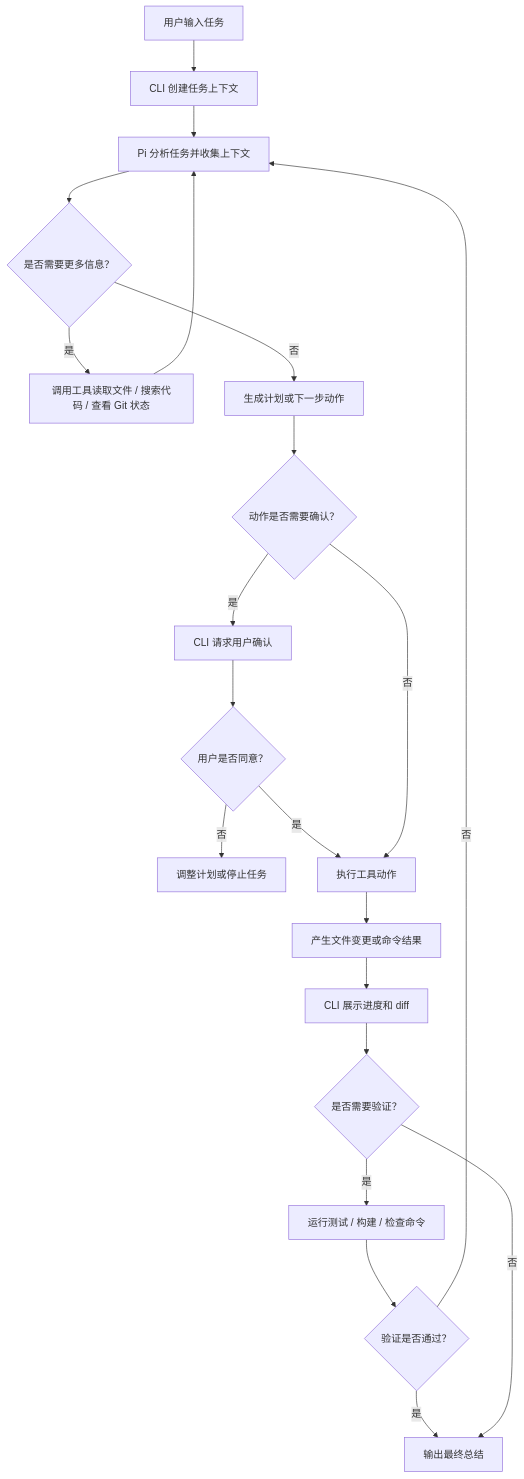
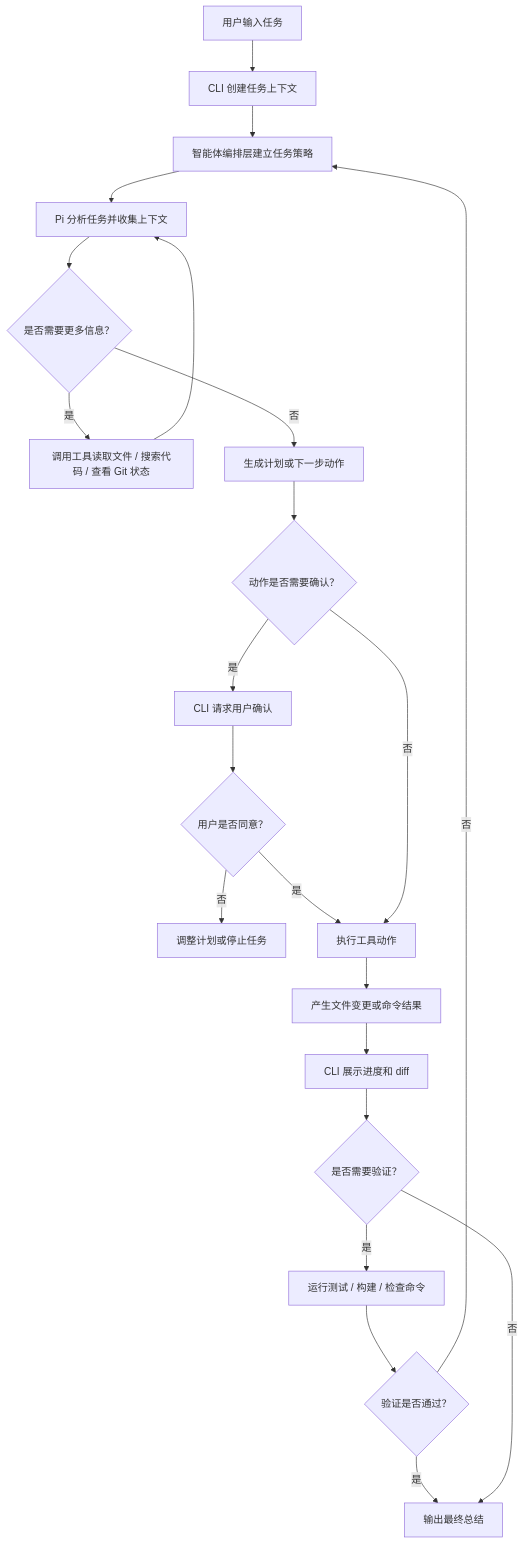
Before and after one commit to CrazyMrYan/potato-agent: the second of 2 diagrams in wiki/architecture.md, drawn with Mermaid. The commit also changed other lines of this file and 1 other file, not shown here.

Commit message:
Clarify orchestration layer design

````diff
--- a/wiki/architecture.md
+++ b/wiki/architecture.md
@@ -70,23 +77,24 @@
 ```mermaid
 flowchart TD
     A["用户输入任务"] --> B["CLI 创建任务上下文"]
-    B --> C["Pi 分析任务并收集上下文"]
-    C --> D{"是否需要更多信息？"}
-    D -- "是" --> E["调用工具读取文件 / 搜索代码 / 查看 Git 状态"]
-    E --> C
-    D -- "否" --> F["生成计划或下一步动作"]
-    F --> G{"动作是否需要确认？"}
-    G -- "是" --> H["CLI 请求用户确认"]
-    H --> I{"用户是否同意？"}
-    I -- "否" --> J["调整计划或停止任务"]
-    I -- "是" --> K["执行工具动作"]
-    G -- "否" --> K
-    K --> L["产生文件变更或命令结果"]
-    L --> M["CLI 展示进度和 diff"]
-    M --> N{"是否需要验证？"}
-    N -- "是" --> O["运行测试 / 构建 / 检查命令"]
-    O --> P{"验证是否通过？"}
-    P -- "否" --> C
-    P -- "是" --> Q["输出最终总结"]
-    N -- "否" --> Q
+    B --> C["智能体编排层建立任务策略"]
+    C --> D["Pi 分析任务并收集上下文"]
+    D --> E{"是否需要更多信息？"}
+    E -- "是" --> F["调用工具读取文件 / 搜索代码 / 查看 Git 状态"]
+    F --> D
+    E -- "否" --> G["生成计划或下一步动作"]
+    G --> H{"动作是否需要确认？"}
+    H -- "是" --> I["CLI 请求用户确认"]
+    I --> J{"用户是否同意？"}
+    J -- "否" --> K["调整计划或停止任务"]
+    J -- "是" --> L["执行工具动作"]
+    H -- "否" --> L
+    L --> M["产生文件变更或命令结果"]
+    M --> N["CLI 展示进度和 diff"]
+    N --> O{"是否需要验证？"}
+    O -- "是" --> P["运行测试 / 构建 / 检查命令"]
+    P --> Q{"验证是否通过？"}
+    Q -- "否" --> C
+    Q -- "是" --> R["输出最终总结"]
+    O -- "否" --> R
 ```
````
